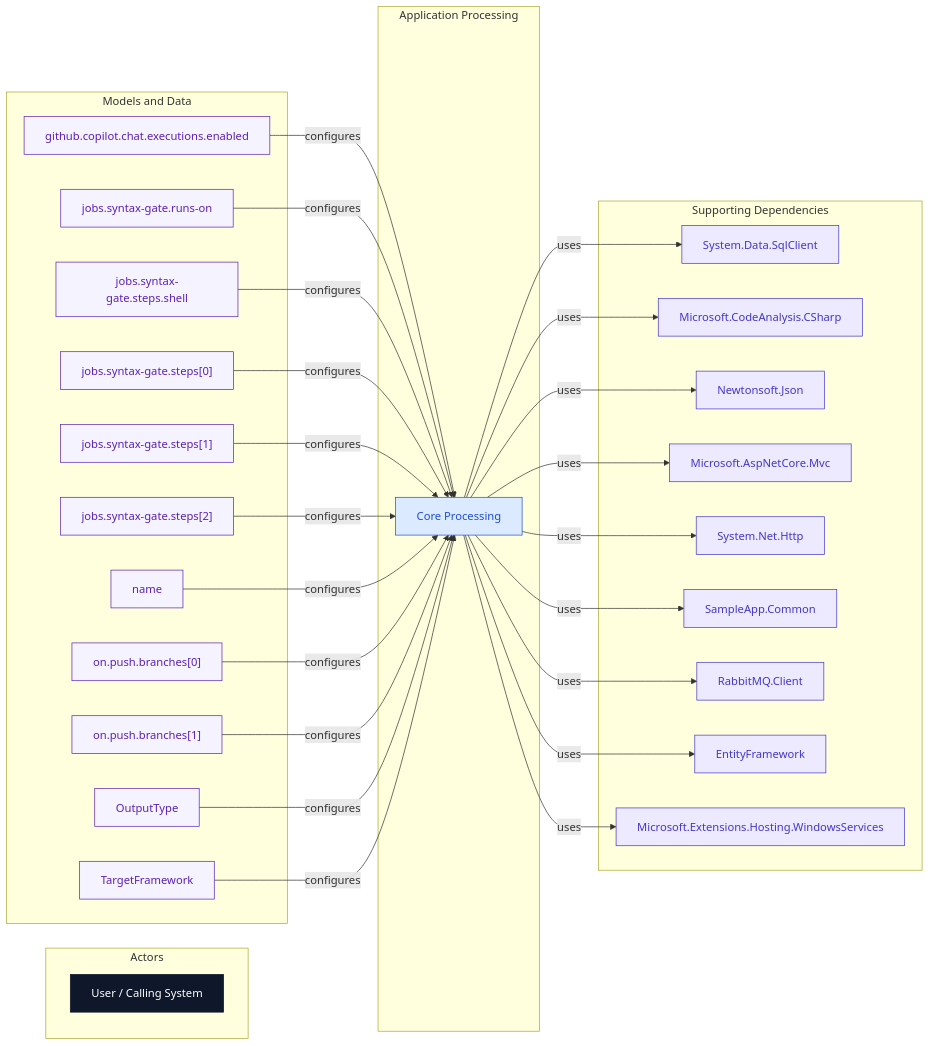
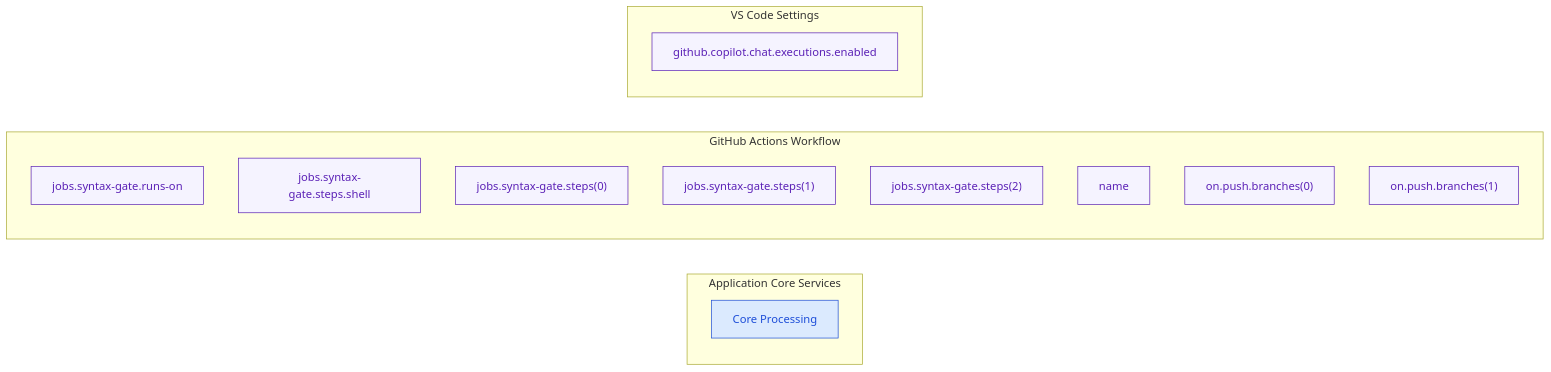
One commit to HeWhoRoams/AppDoc changed the diagram in docs/diagrams/internal-flow.md. Above: the diagram before and after it, drawn with Mermaid. The commit also changed other lines of this file and 104 other files, not shown here.

````diff
--- a/docs/diagrams/internal-flow.md
+++ b/docs/diagrams/internal-flow.md
@@ -11,77 +11,32 @@
 ```mermaid
 flowchart LR
-    subgraph actors["Actors"]
-        actor_user_calling_system_16ed03d7["User / Calling System"]
-    end
-    subgraph processing["Application Processing"]
+    %% Solid edges: runtime request/data flow. Dashed edges: structural/config/dependency links.
+    subgraph processing["Application Core Services"]
         component_core_processing_6d28d771["Core Processing"]
     end
-    subgraph data["Models and Data"]
+    subgraph workflow_config["GitHub Actions Workflow"]
+        config_jobs_syntax_gate_runs_1cc1bd48["jobs.syntax-gate.runs-on"]
         config_jobs_syntax_gate_steps_b0ed346a["jobs.syntax-gate.steps.shell"]
-        config_on_push_branches_1_81342622["on.push.branches[1]"]
-        config_jobs_syntax_gate_steps_fea78b6a["jobs.syntax-gate.steps[2]"]
-        config_jobs_syntax_gate_steps_c21bece1["jobs.syntax-gate.steps[0]"]
-        config_jobs_syntax_gate_steps_f955e977["jobs.syntax-gate.steps[1]"]
-        config_outputtype_6b096b77["OutputType"]
-        config_targetframework_e88a9e43["TargetFramework"]
+        config_jobs_syntax_gate_steps_c21bece1["jobs.syntax-gate.steps(0)"]
+        config_jobs_syntax_gate_steps_f955e977["jobs.syntax-gate.steps(1)"]
+        config_jobs_syntax_gate_steps_fea78b6a["jobs.syntax-gate.steps(2)"]
+        config_name_6ae99955["name"]
+        config_on_push_branches_0_2a450bbd["on.push.branches(0)"]
+        config_on_push_branches_1_81342622["on.push.branches(1)"]
+    end
+    subgraph vscode_settings["VS Code Settings"]
         config_github_copilot_chat_ex_3233c7ea["github.copilot.chat.executions.enabled"]
-        config_on_push_branches_0_2a450bbd["on.push.branches[0]"]
-        config_name_6ae99955["name"]
-        config_jobs_syntax_gate_runs_1cc1bd48["jobs.syntax-gate.runs-on"]
     end
-    subgraph dependencies["Supporting Dependencies"]
-        dependency_system_data_sqlclient_e3d7e359["System.Data.SqlClient"]
-        dependency_microsoft_codeanalysis_fd218333["Microsoft.CodeAnalysis.CSharp"]
-        dependency_newtonsoft_json_9312eef4["Newtonsoft.Json"]
-        dependency_microsoft_aspnetcore_m_5b325717["Microsoft.AspNetCore.Mvc"]
-        dependency_system_net_http_78413594["System.Net.Http"]
-        dependency_sampleapp_common_73198f78["SampleApp.Common"]
-        dependency_rabbitmq_client_db152832["RabbitMQ.Client"]
-        dependency_entityframework_3a81b759["EntityFramework"]
-        dependency_microsoft_extensions_h_ebeb2ae5["Microsoft.Extensions.Hosting.WindowsServices"]
-    end
-    component_core_processing_6d28d771 -->|uses| dependency_entityframework_3a81b759
-    component_core_processing_6d28d771 -->|uses| dependency_microsoft_aspnetcore_m_5b325717
-    component_core_processing_6d28d771 -->|uses| dependency_microsoft_codeanalysis_fd218333
-    component_core_processing_6d28d771 -->|uses| dependency_microsoft_extensions_h_ebeb2ae5
-    component_core_processing_6d28d771 -->|uses| dependency_newtonsoft_json_9312eef4
-    component_core_processing_6d28d771 -->|uses| dependency_rabbitmq_client_db152832
-    component_core_processing_6d28d771 -->|uses| dependency_sampleapp_common_73198f78
-    component_core_processing_6d28d771 -->|uses| dependency_system_data_sqlclient_e3d7e359
-    component_core_processing_6d28d771 -->|uses| dependency_system_net_http_78413594
-    config_github_copilot_chat_ex_3233c7ea -->|configures| component_core_processing_6d28d771
-    config_jobs_syntax_gate_runs_1cc1bd48 -->|configures| component_core_processing_6d28d771
-    config_jobs_syntax_gate_steps_b0ed346a -->|configures| component_core_processing_6d28d771
-    config_jobs_syntax_gate_steps_c21bece1 -->|configures| component_core_processing_6d28d771
-    config_jobs_syntax_gate_steps_f955e977 -->|configures| component_core_processing_6d28d771
-    config_jobs_syntax_gate_steps_fea78b6a -->|configures| component_core_processing_6d28d771
-    config_name_6ae99955 -->|configures| component_core_processing_6d28d771
-    config_on_push_branches_0_2a450bbd -->|configures| component_core_processing_6d28d771
-    config_on_push_branches_1_81342622 -->|configures| component_core_processing_6d28d771
-    config_outputtype_6b096b77 -->|configures| component_core_processing_6d28d771
-    config_targetframework_e88a9e43 -->|configures| component_core_processing_6d28d771
-    class dependency_system_data_sqlclient_e3d7e359 dependency
-    class dependency_microsoft_codeanalysis_fd218333 dependency
-    class dependency_newtonsoft_json_9312eef4 dependency
+    class component_core_processing_6d28d771 component
+    class config_github_copilot_chat_ex_3233c7ea config
+    class config_jobs_syntax_gate_runs_1cc1bd48 config
     class config_jobs_syntax_gate_steps_b0ed346a config
+    class config_jobs_syntax_gate_steps_c21bece1 config
+    class config_jobs_syntax_gate_steps_f955e977 config
+    class config_jobs_syntax_gate_steps_fea78b6a config
+    class config_name_6ae99955 config
+    class config_on_push_branches_0_2a450bbd config
     class config_on_push_branches_1_81342622 config
-    class config_jobs_syntax_gate_steps_fea78b6a config
-    class dependency_microsoft_aspnetcore_m_5b325717 dependency
-    class config_jobs_syntax_gate_steps_c21bece1 config
-    class dependency_system_net_http_78413594 dependency
-    class dependency_sampleapp_common_73198f78 dependency
-    class component_core_processing_6d28d771 component
-    class dependency_rabbitmq_client_db152832 dependency
-    class dependency_entityframework_3a81b759 dependency
-    class config_jobs_syntax_gate_steps_f955e977 config
-    class config_outputtype_6b096b77 config
-    class dependency_microsoft_extensions_h_ebeb2ae5 dependency
-    class config_targetframework_e88a9e43 config
-    class config_github_copilot_chat_ex_3233c7ea config
-    class config_on_push_branches_0_2a450bbd config
-    class config_name_6ae99955 config
-    class actor_user_calling_system_16ed03d7 actor
-    class config_jobs_syntax_gate_runs_1cc1bd48 config
 classDef actor fill:#0f172a,stroke:#0f172a,color:#ffffff,stroke-width:1px
 classDef inbound fill:#dcfce7,stroke:#166534,color:#166534,stroke-width:1px
 classDef outbound fill:#ffedd5,stroke:#9a3412,color:#9a3412,stroke-width:1px
````
